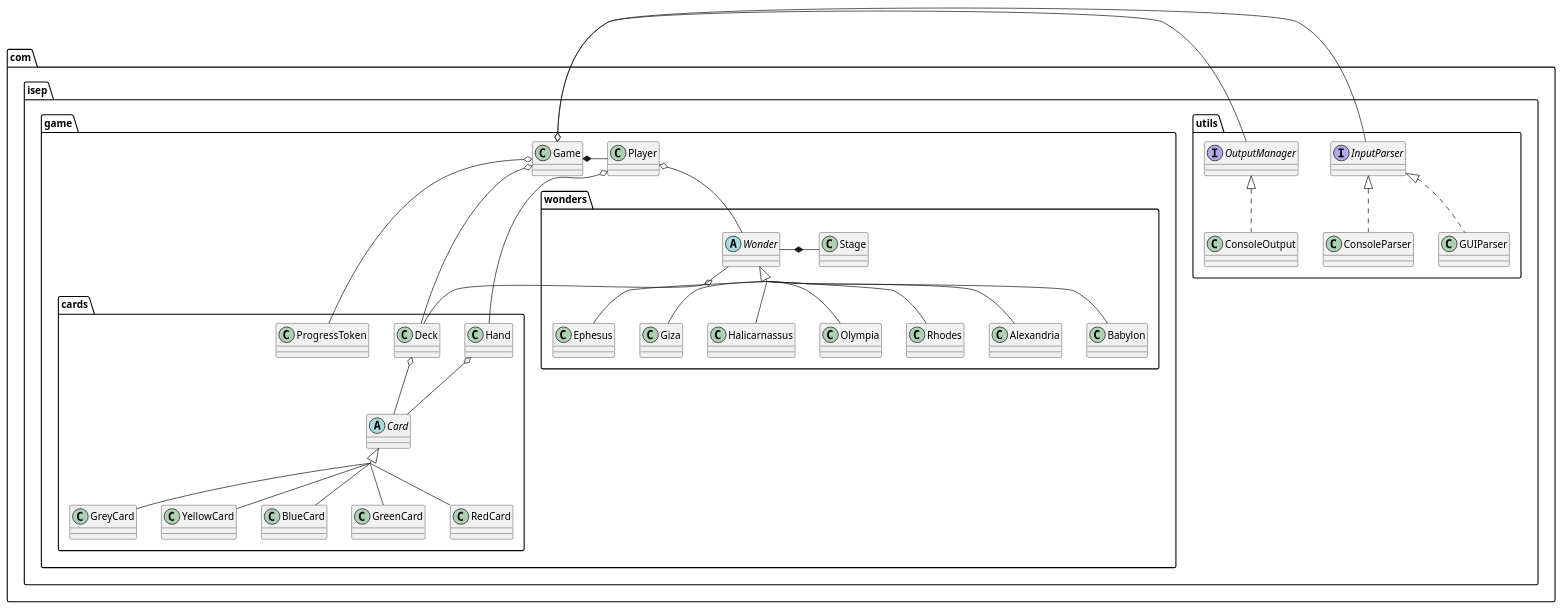
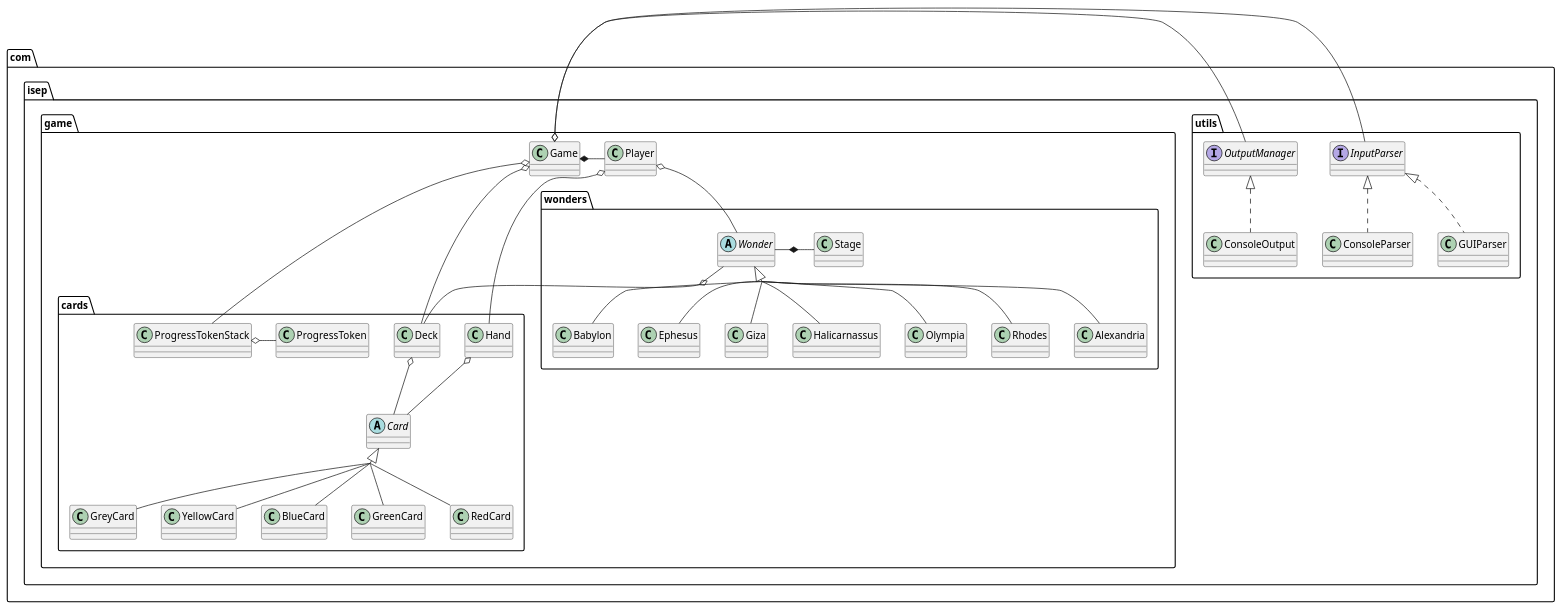
Before and after one commit to quentin-laurent/A1-prog-seven-wonders-architects: the diagram in src/main/resources/seven-wonders-architects.puml, drawn with PlantUML. The commit also changed 1 other file, not shown here.

Commit message:
updated UML structure

```diff
--- a/src/main/resources/seven-wonders-architects.puml
+++ b/src/main/resources/seven-wonders-architects.puml
@@ -1,53 +1,55 @@
 @startuml
 skinparam groupInheritance 4
 
 package com.isep.utils {
 interface "InputParser"
 InputParser <|.. ConsoleParser
 InputParser <|.. GUIParser
 interface "OutputManager"
 OutputManager <|.. ConsoleOutput
 }
 
 package com.isep.game {
 class "Game"
 class "Player"
 
 package com.isep.game.cards {
 abstract class "Card"
 Card <|-- GreyCard
 Card <|-- YellowCard
 Card <|-- BlueCard
 Card <|-- GreenCard
 Card <|-- RedCard
 class "Deck"
 Deck o-- Card
 class "Hand"
 Hand o-- Card
+class "ProgressTokenStack"
 class "ProgressToken"
+ProgressTokenStack o-right-- ProgressToken
 }
 
 package com.isep.game.wonders {
 abstract class "Wonder"
 Wonder <|-- Alexandria
 Wonder <|-- Babylon
 Wonder <|-- Ephesus
 Wonder <|-- Giza
 Wonder <|-- Halicarnassus
 Wonder <|-- Olympia
 Wonder <|-- Rhodes
 Wonder o-- Deck
 class "Stage"
 Wonder *-right- Stage
 }
 
 Game o-left- InputParser
 Game o-left- OutputManager
 Game *-right- Player
-Game o-- ProgressToken
+Game o-- ProgressTokenStack
 Game o-- Deck
 Player o-- Wonder
 Player o-- Hand
 }
 
 @enduml
```
